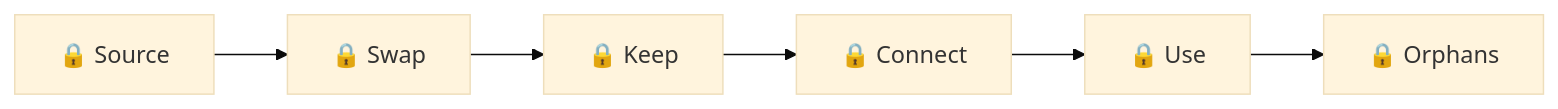
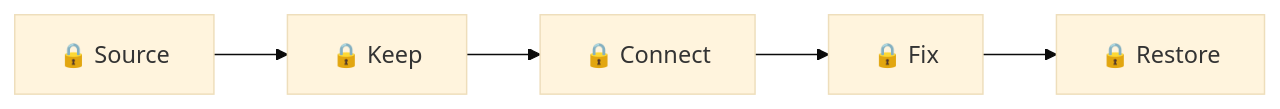
Before and after one commit to Colorado-Startups/claudius: the third of 5 diagrams in maps/README.md, drawn with Mermaid (base theme). The commit also changed other lines of this file and 25 other files, not shown here.

````diff
--- a/maps/README.md
+++ b/maps/README.md
@@ -39,4 +41,4 @@
 ```mermaid
 flowchart LR
-  source["🔒 Source"] --> swap["🔒 Swap"] --> scope["🔒 Keep"] --> connect["🔒 Connect"] --> use["🔒 Use"] --> prune["🔒 Orphans"]
+  source["🔒 Source"] --> keep["🔒 Keep"] --> connect["🔒 Connect"] --> fix["🔒 Fix"] --> stale["🔒 Restore"]
 ```
````
